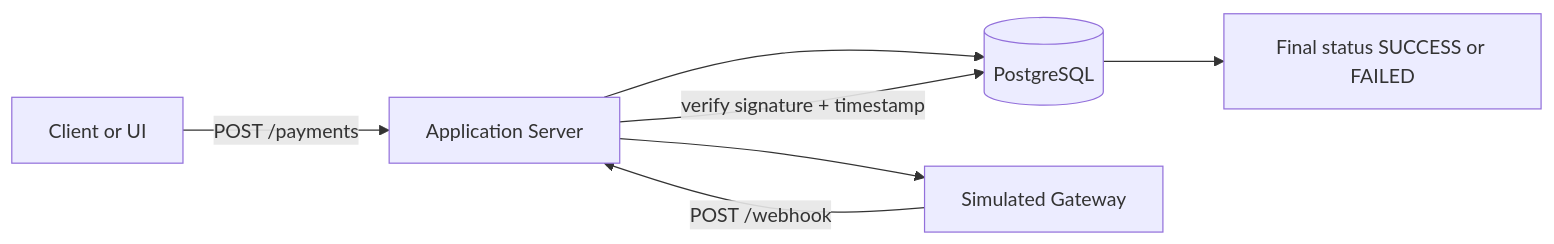
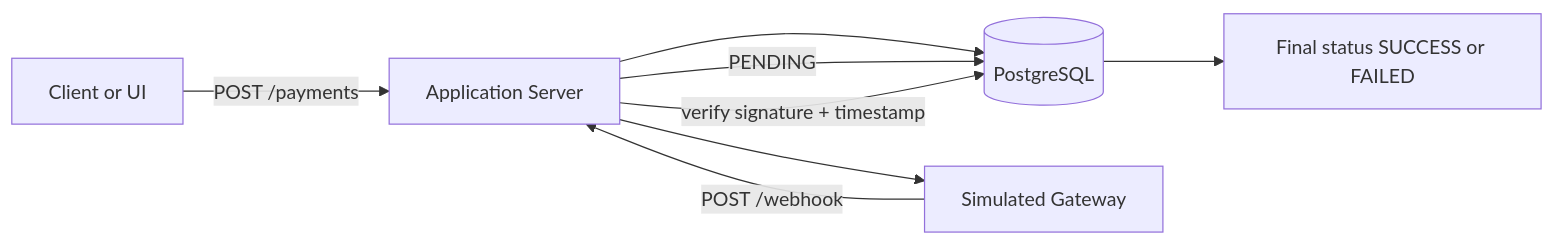
One commit to ProducerG-hub/payment_integration changed the diagram in README.md. Above: the diagram before and after it, drawn with Mermaid. The commit also changed other lines of this file, not shown here.

````diff
--- a/README.md
+++ b/README.md
@@ -84,9 +84,10 @@
 ```mermaid
 flowchart LR
     A[Client or UI] -->|POST /payments| B[Application Server]
     B --> C[(PostgreSQL)]
+    B -->|PENDING| C
     B --> D[Simulated Gateway]
     D -->|POST /webhook| B
     B -->|verify signature + timestamp| C
     C --> E[Final status SUCCESS or FAILED]
 ```
````
